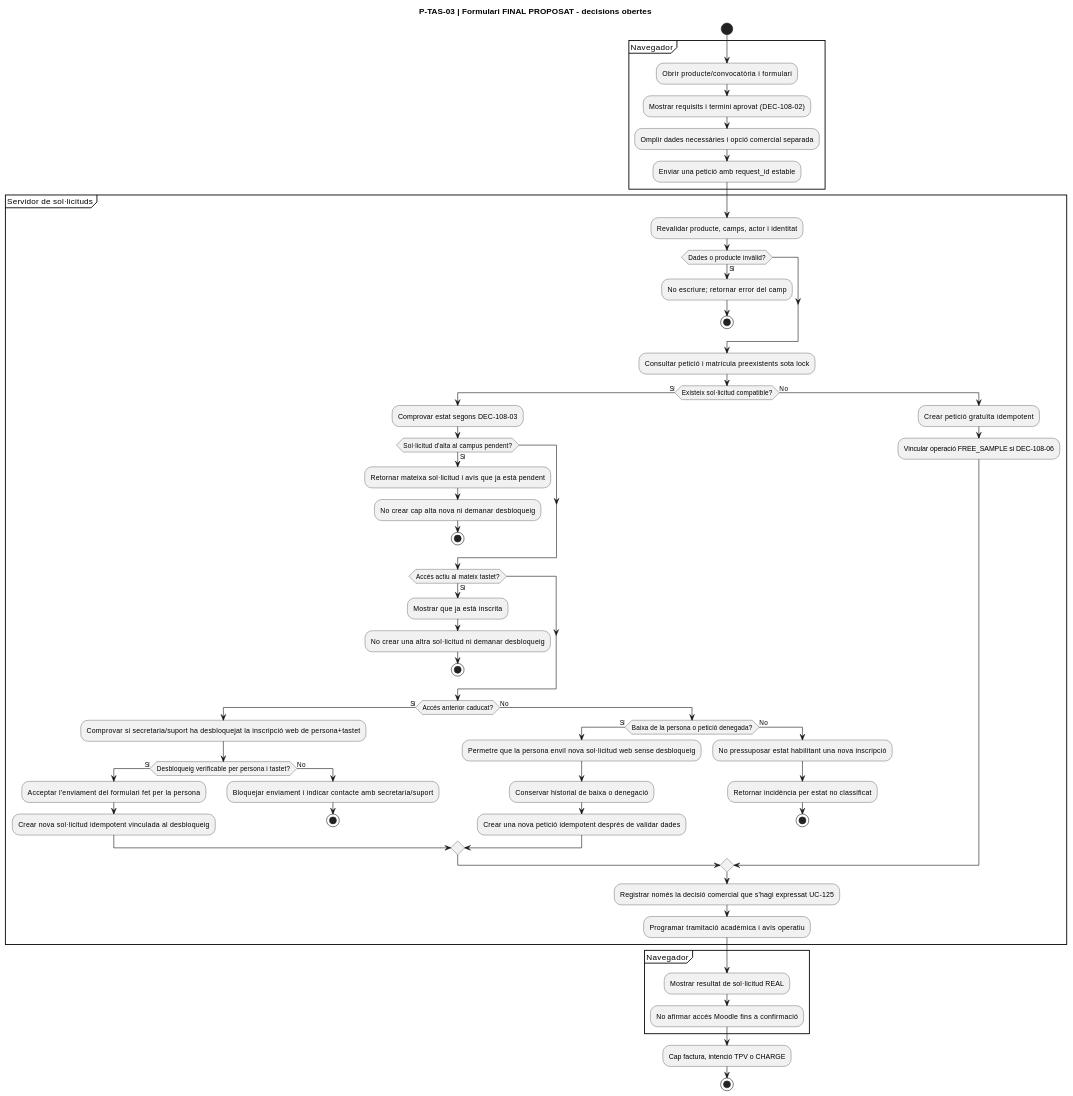
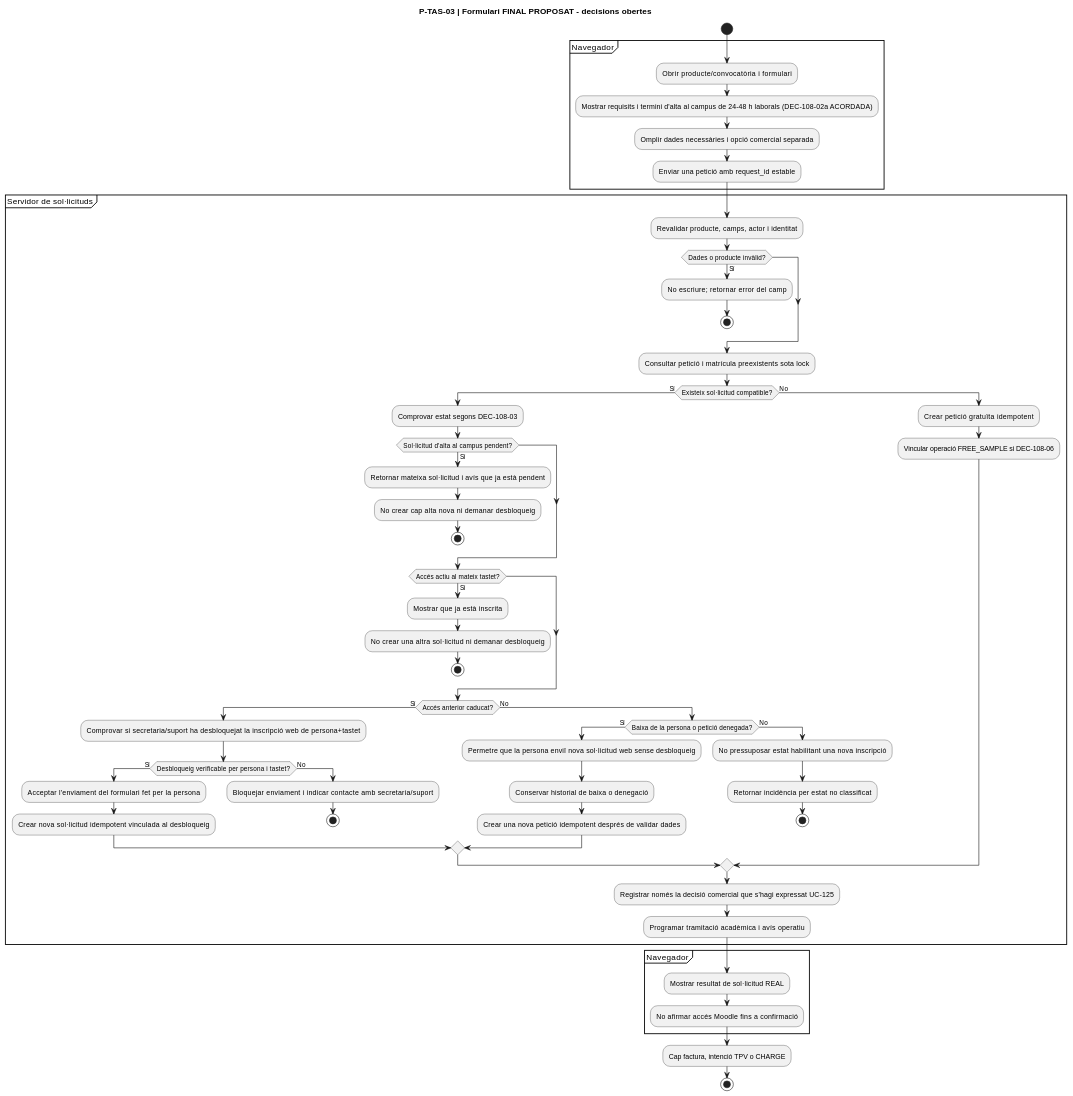
Before and after one commit to orgmeriemprismacat-del/verifactu: diagram 16 of 32 in documentacio/07-uml-integrat/uc-108-activitats-pagines-tastets-actual-final.md, drawn with PlantUML. The commit also changed other lines of this file, not shown here.

Commit message:
docs: agree 24–48 working hours for UC-108 campus enrollment, not immediate access

````diff
--- a/documentacio/07-uml-integrat/uc-108-activitats-pagines-tastets-actual-final.md
+++ b/documentacio/07-uml-integrat/uc-108-activitats-pagines-tastets-actual-final.md
@@ -367,64 +367,64 @@
 ```plantuml
 @startuml
 title P-TAS-03 | Formulari FINAL PROPOSAT - decisions obertes
 start
 partition "Navegador" {
   :Obrir producte/convocatòria i formulari;
-  :Mostrar requisits i termini aprovat (DEC-108-02);
+  :Mostrar requisits i termini d'alta al campus de 24–48 h laborals (DEC-108-02a ACORDADA);
   :Omplir dades necessàries i opció comercial separada;
   :Enviar una petició amb request_id estable;
 }
 partition "Servidor de sol·licituds" {
   :Revalidar producte, camps, actor i identitat;
   if (Dades o producte invàlid?) then (Sí)
     :No escriure; retornar error del camp;
     stop
   endif
   :Consultar petició i matrícula preexistents sota lock;
   if (Existeix sol·licitud compatible?) then (Sí)
     :Comprovar estat segons DEC-108-03;
     if (Sol·licitud d'alta al campus pendent?) then (Sí)
       :Retornar mateixa sol·licitud i avís que ja està pendent;
       :No crear cap alta nova ni demanar desbloqueig;
       stop
     endif
     if (Accés actiu al mateix tastet?) then (Sí)
       :Mostrar que ja està inscrita;
       :No crear una altra sol·licitud ni demanar desbloqueig;
       stop
     endif
     if (Accés anterior caducat?) then (Sí)
       :Comprovar si secretaria/suport ha desbloquejat la inscripció web de persona+tastet;
       if (Desbloqueig verificable per persona i tastet?) then (Sí)
         :Acceptar l'enviament del formulari fet per la persona;
         :Crear nova sol·licitud idempotent vinculada al desbloqueig;
       else (No)
         :Bloquejar enviament i indicar contacte amb secretaria/suport;
         stop
       endif
     else (No)
       if (Baixa de la persona o petició denegada?) then (Sí)
         :Permetre que la persona enviï nova sol·licitud web sense desbloqueig;
         :Conservar historial de baixa o denegació;
         :Crear una nova petició idempotent després de validar dades;
       else (No)
         :No pressuposar estat habilitant una nova inscripció;
         :Retornar incidència per estat no classificat;
         stop
       endif
     endif
   else (No)
     :Crear petició gratuïta idempotent;
     :Vincular operació FREE_SAMPLE si DEC-108-06;
   endif
   :Registrar només la decisió comercial que s'hagi expressat UC-125;
   :Programar tramitació acadèmica i avís operatiu;
 }
 partition "Navegador" {
   :Mostrar resultat de sol·licitud REAL;
   :No afirmar accés Moodle fins a confirmació;
 }
 :Cap factura, intenció TPV o CHARGE;
 stop
 @enduml
 ```
````
